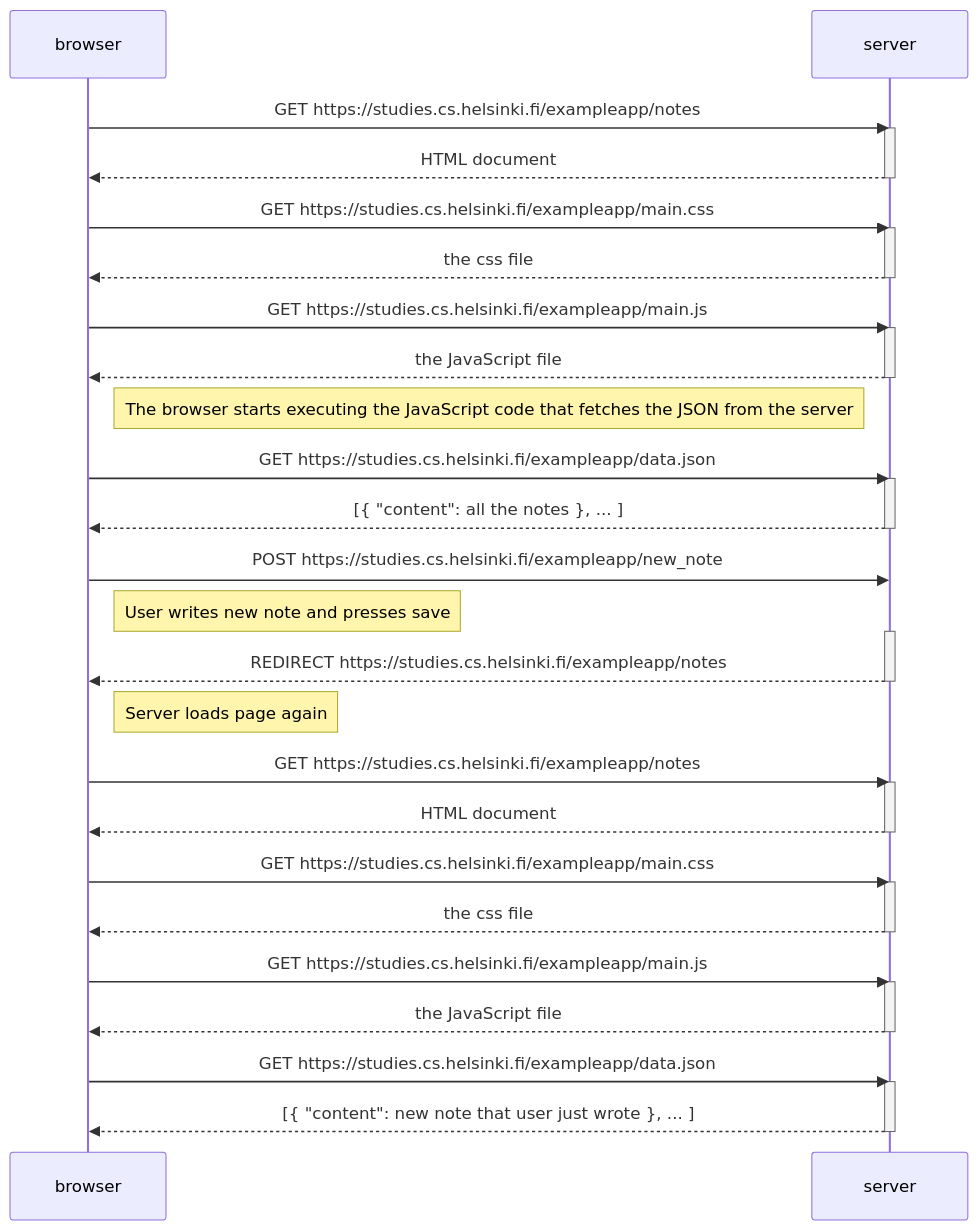
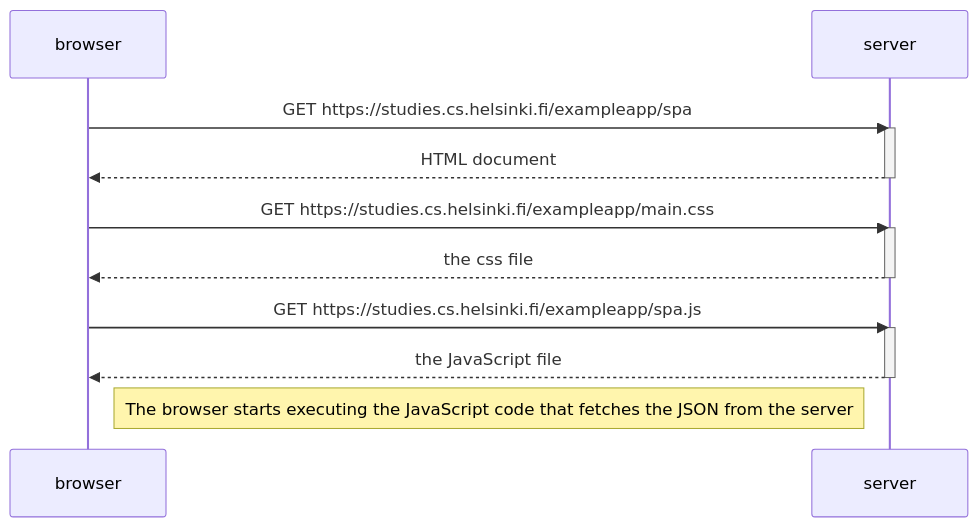
Before and after one commit to eppumelto/fullstackopen: the diagram in 0.5.md, drawn with Mermaid.

````diff
--- a/0.5.md
+++ b/0.5.md
@@ -1,57 +1,25 @@
 ```mermaid
 sequenceDiagram
     participant browser
     participant server
     
-    browser->>server: GET https://studies.cs.helsinki.fi/exampleapp/notes
+    browser->>server: GET https://studies.cs.helsinki.fi/exampleapp/spa
     activate server
     server-->>browser: HTML document
     deactivate server
     
     browser->>server: GET https://studies.cs.helsinki.fi/exampleapp/main.css
     activate server
     server-->>browser: the css file
     deactivate server
     
-    browser->>server: GET https://studies.cs.helsinki.fi/exampleapp/main.js
+    browser->>server: GET https://studies.cs.helsinki.fi/exampleapp/spa.js
     activate server
     server-->>browser: the JavaScript file
     deactivate server
     
     Note right of browser: The browser starts executing the JavaScript code that fetches the JSON from the server
-
-    browser->>server: GET https://studies.cs.helsinki.fi/exampleapp/data.json
-    activate server
-    server-->>browser: [{ "content": all the notes }, ... ]
-    deactivate server    
-
-
-    browser->>server: POST https://studies.cs.helsinki.fi/exampleapp/new_note
-    Note right of browser: User writes new note and presses save
-    activate server
-    server-->>browser: REDIRECT https://studies.cs.helsinki.fi/exampleapp/notes
-    deactivate server
-
-    Note right of browser: Server loads page again
-    browser->>server: GET https://studies.cs.helsinki.fi/exampleapp/notes
-    activate server
-    server-->>browser: HTML document
-    deactivate server
-
-    browser->>server: GET https://studies.cs.helsinki.fi/exampleapp/main.css
-    activate server
-    server-->>browser: the css file
-    deactivate server
-    
-    browser->>server: GET https://studies.cs.helsinki.fi/exampleapp/main.js
-    activate server
-    server-->>browser: the JavaScript file
-    deactivate server
-
-    browser->>server: GET https://studies.cs.helsinki.fi/exampleapp/data.json
-    activate server
-    server-->>browser: [{ "content": new note that user just wrote }, ... ]
-    deactivate server    
+   
 
 
 ```
````
